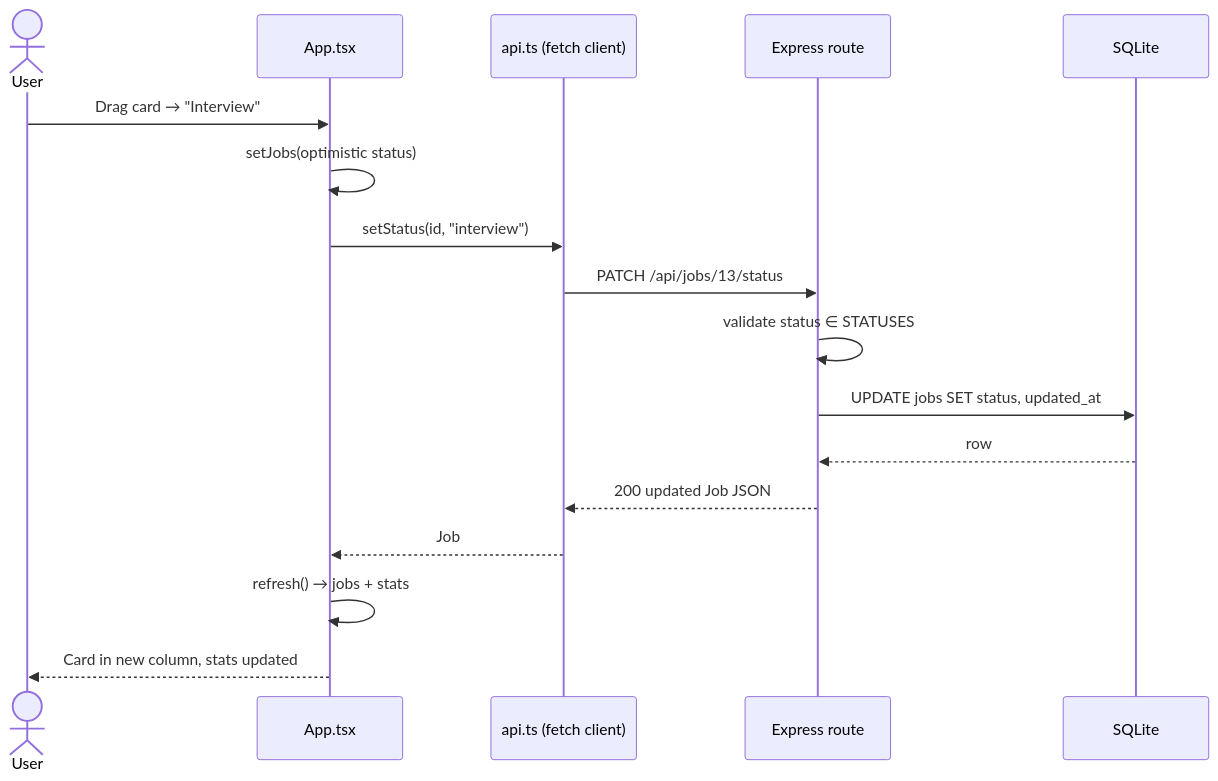
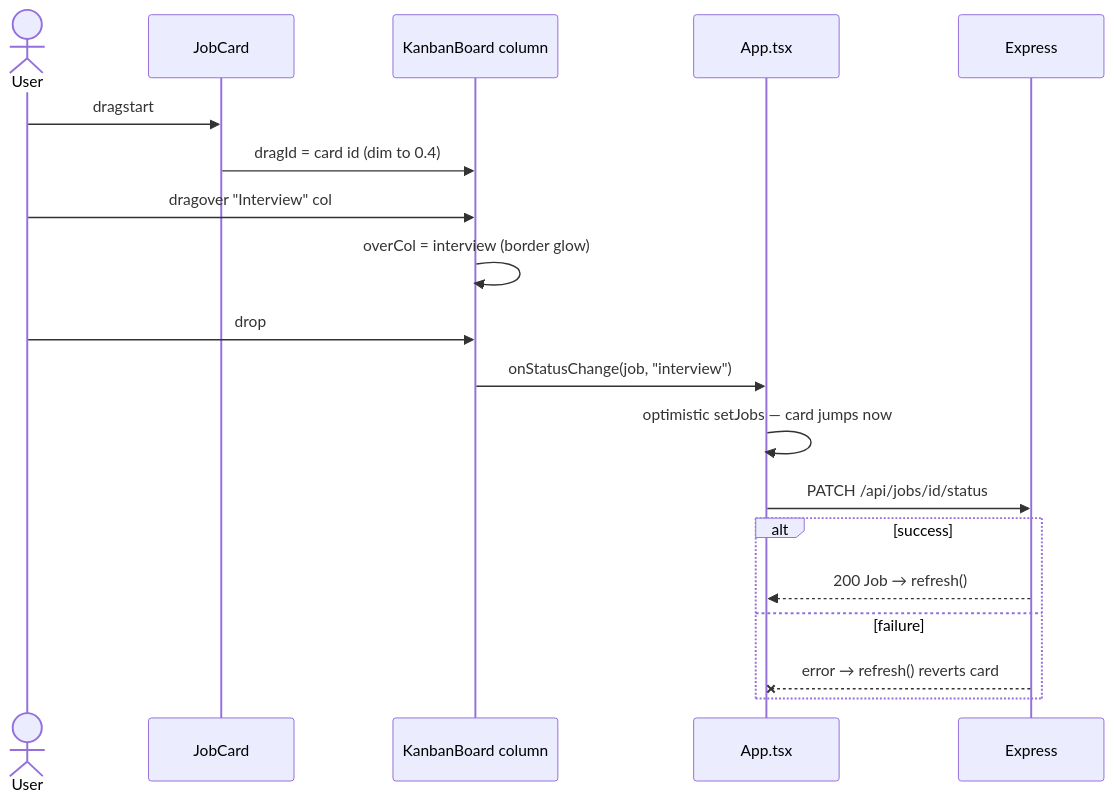
The sixth of 14 diagrams in ARCHITECTURE.md (CharlieJamesGwapo/jobflow), drawn with Mermaid before and after one commit. The commit also changed other lines of this file, not shown here.

Commit message:
Expand ARCHITECTURE.md: 15 sections, 11 mermaid diagrams, decisions log

````diff
--- a/ARCHITECTURE.md
+++ b/ARCHITECTURE.md
@@ -41,20 +168,22 @@
 ```mermaid
 sequenceDiagram
     actor U as User
+    participant C as JobCard
+    participant K as KanbanBoard column
     participant A as App.tsx
-    participant C as api.ts (fetch client)
-    participant E as Express route
-    participant S as SQLite
+    participant E as Express
 
-    U->>A: Drag card → "Interview"
-    A->>A: setJobs(optimistic status)
-    A->>C: setStatus(id, "interview")
-    C->>E: PATCH /api/jobs/13/status
-    E->>E: validate status ∈ STATUSES
-    E->>S: UPDATE jobs SET status, updated_at
-    S-->>E: row
-    E-->>C: 200 updated Job JSON
-    C-->>A: Job
-    A->>A: refresh() → jobs + stats
-    A-->>U: Card in new column, stats updated
+    U->>C: dragstart
+    C->>K: dragId = card id (dim to 0.4)
+    U->>K: dragover "Interview" col
+    K->>K: overCol = interview (border glow)
+    U->>K: drop
+    K->>A: onStatusChange(job, "interview")
+    A->>A: optimistic setJobs — card jumps now
+    A->>E: PATCH /api/jobs/id/status
+    alt success
+        E-->>A: 200 Job → refresh()
+    else failure
+        E--xA: error → refresh() reverts card
+    end
 ```
````
